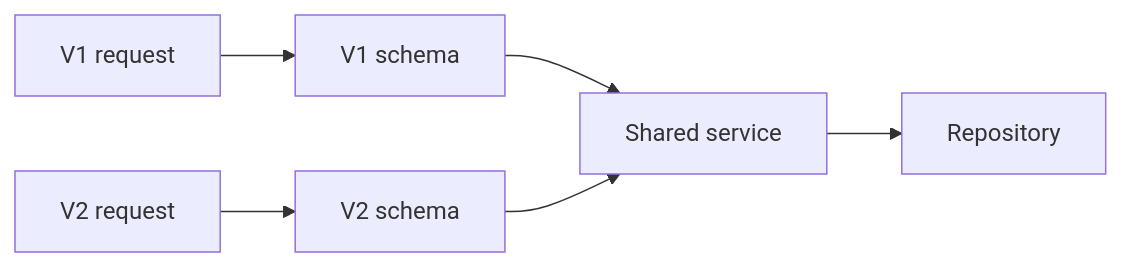
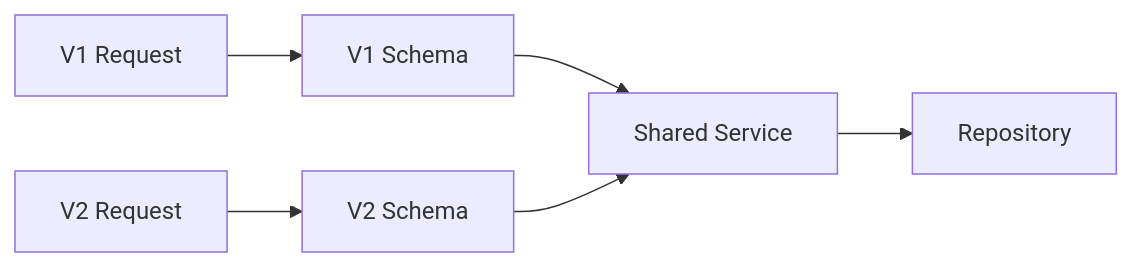
One commit to AvadhBhalodiya/Interview-Preparation changed the third of 5 diagrams in src/content/api-design/api-versioning.md. Above: the diagram before and after it, drawn with Mermaid. The commit also changed other lines of this file and 54 other files, not shown here.

````diff
--- a/src/content/api-design/api-versioning.md
+++ b/src/content/api-design/api-versioning.md
@@ -736,8 +322,8 @@
 ```mermaid
 flowchart LR
-    R1[V1 request] --> S1[V1 schema]
-    R2[V2 request] --> S2[V2 schema]
-    S1 --> SV[Shared service]
+    R1[V1 Request] --> S1[V1 Schema]
+    R2[V2 Request] --> S2[V2 Schema]
+    S1 --> SV[Shared Service]
     S2 --> SV
     SV --> RP[Repository]
 ```
````
